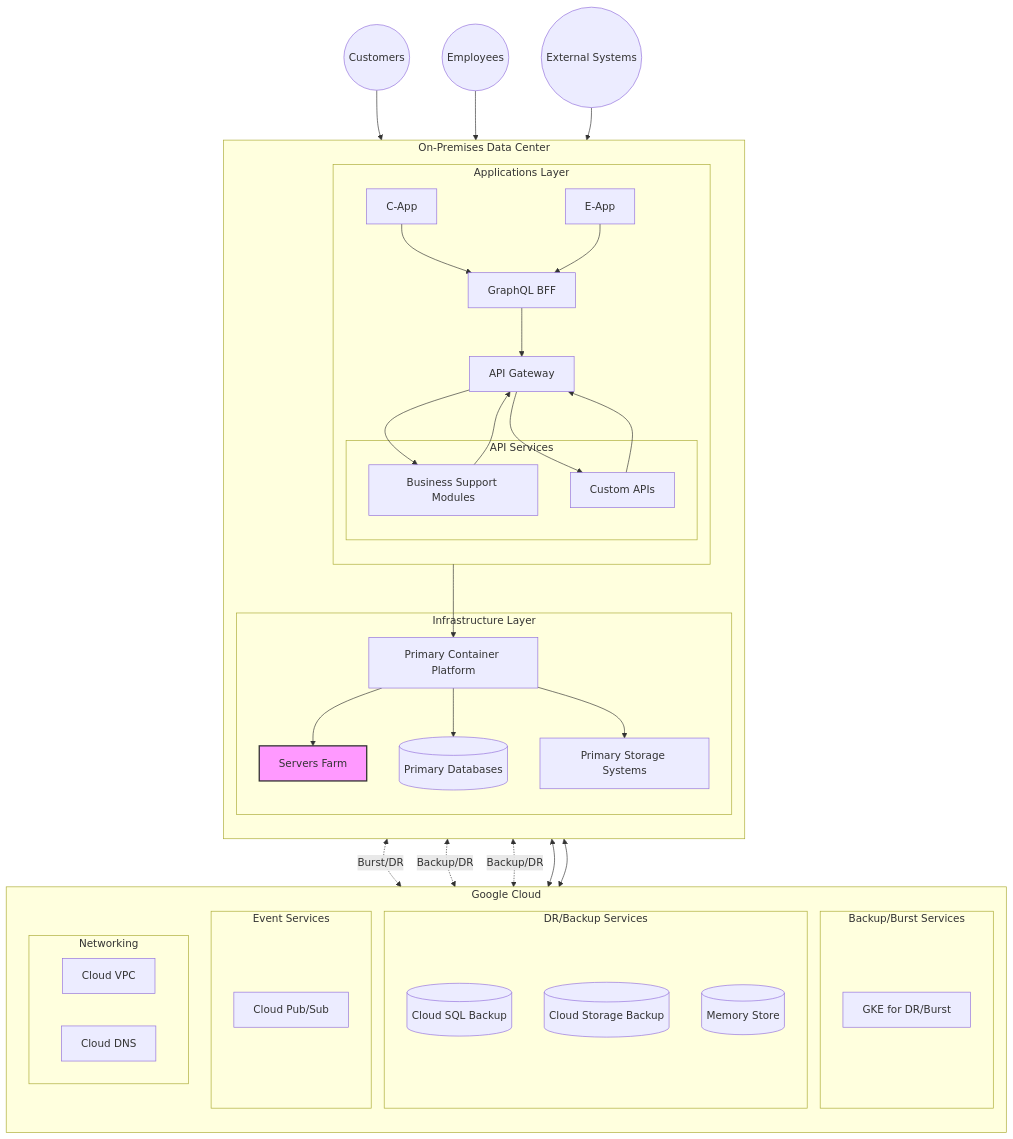
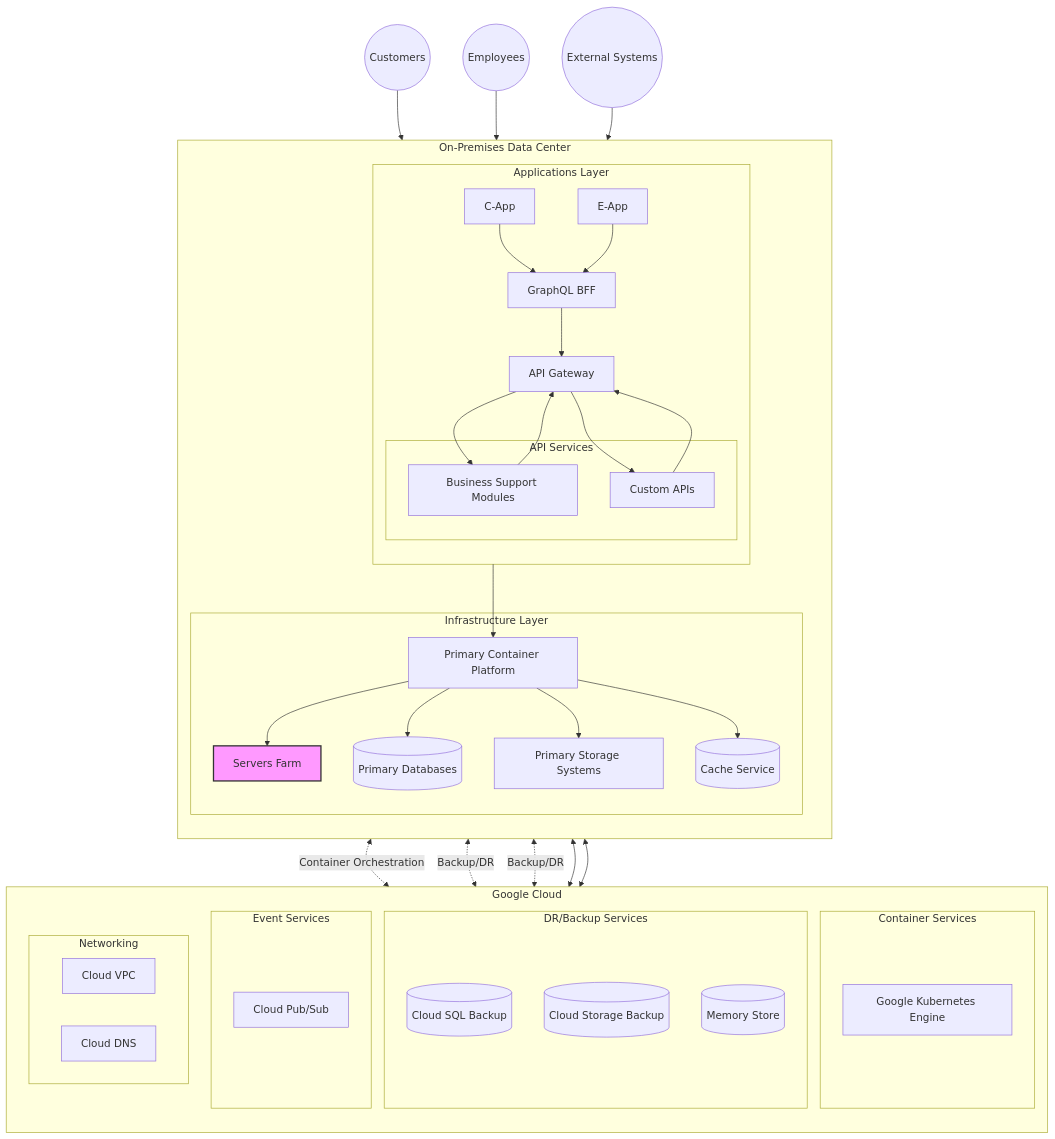
Before and after one commit to henryrestive/infra-docs: the diagram in GCP-HybridCloud.md, drawn with Mermaid. The commit also changed other lines of this file and 2 other files, not shown here.

````diff
--- a/GCP-HybridCloud.md
+++ b/GCP-HybridCloud.md
@@ -8,68 +8,70 @@
 ```mermaid
 graph TB
     subgraph OnPrem[On-Premises Data Center]
         direction TB
         subgraph Apps[Applications Layer]
             CApp[C-App]
             EApp[E-App]
             subgraph API[API Services]
                 BSM[Business Support Modules]
                 CustomAPI[Custom APIs]
             end
             BFF[GraphQL BFF]
             Gateway[API Gateway]
         end
         
         subgraph Infrastructure[Infrastructure Layer]
             ServersFarm[Servers Farm]:::serversFarm
             ContainerPlatform[Primary Container Platform]
             PrimaryDB[(Primary Databases)]
             PrimaryStorage[Primary Storage Systems]
+            CacheService[(Cache Service)]
         end
     end
 
     subgraph GCP[Google Cloud]
         direction TB
-        subgraph Compute[Backup/Burst Services]
-            GKE[GKE for DR/Burst]
+        subgraph Compute[Container Services]
+            GKE[Google Kubernetes Engine]
         end
         
         subgraph Data[DR/Backup Services]
             CloudSQL[(Cloud SQL Backup)]
             CloudStorage[(Cloud Storage Backup)]
             MemoryStore[(Memory Store)]
         end
         
         subgraph Messaging[Event Services]
             PubSub[Cloud Pub/Sub]
         end
         
         subgraph Network[Networking]
             VPC[Cloud VPC]
             CloudDNS[Cloud DNS]
         end
     end
 
     Customers((Customers))
     Employees((Employees))
     ExternalSystems((External Systems))
 
     CApp & EApp --> BFF
     BFF --> Gateway
     BSM & CustomAPI --> Gateway
     Gateway --> BSM
     Gateway --> CustomAPI
     Customers --> CApp
     Employees --> EApp
     ExternalSystems --> Gateway
     Apps --> ContainerPlatform
     ContainerPlatform --> ServersFarm
     ContainerPlatform --> PrimaryDB
     ContainerPlatform --> PrimaryStorage
-    ContainerPlatform <-.->|Burst/DR| GKE
+    ContainerPlatform --> CacheService
+    ContainerPlatform <-.->|Container Orchestration| GKE
     PrimaryDB <-.->|Backup/DR| CloudSQL
     PrimaryStorage <-.->|Backup/DR| CloudStorage
     BSM & CustomAPI <--> PubSub
 
     classDef serversFarm fill:#f9f,stroke:#333,stroke-width:2px;
 ```
````
